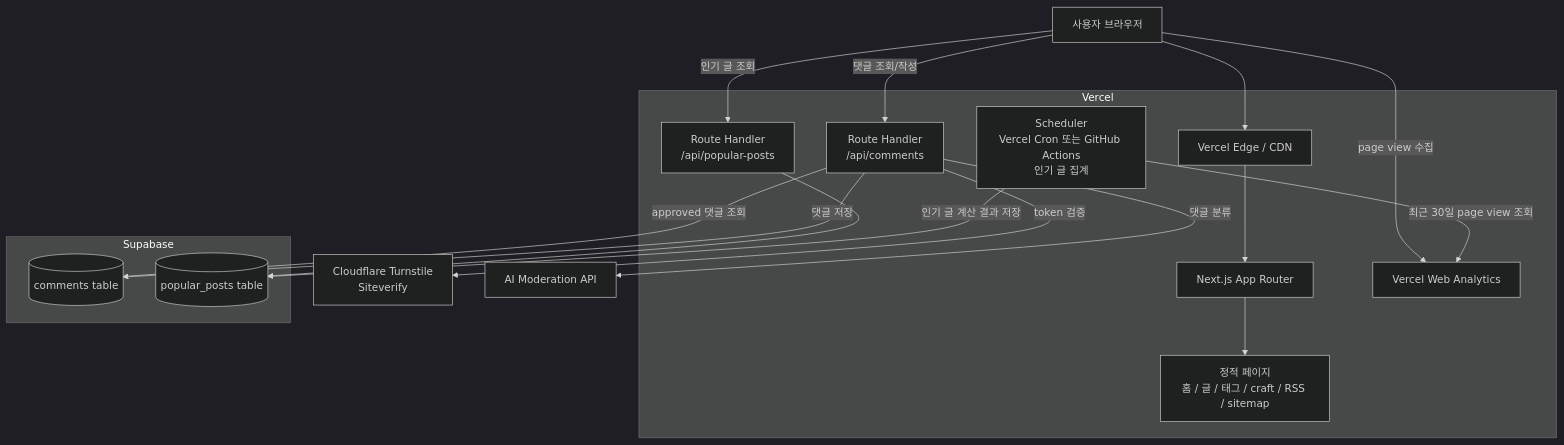
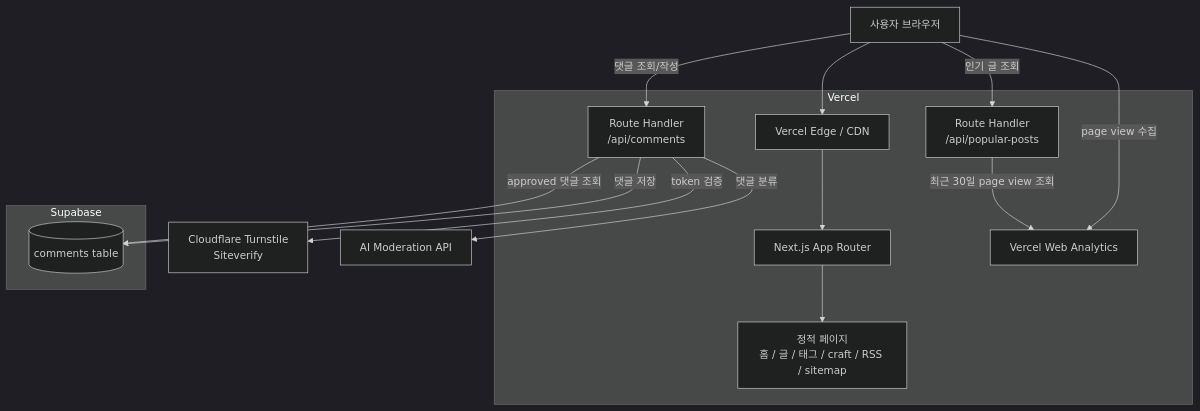
Before and after one commit to inaemin/blog: the first of 6 diagrams in docs/architecture/infra.md, drawn with Mermaid (dark theme). The commit also changed other lines of this file and 1 other file, not shown here.

First line of the commit message:
docs(architecture): 인기 글 인프라 흐름 갱신

````diff
--- a/docs/architecture/infra.md
+++ b/docs/architecture/infra.md
@@ -16,39 +16,35 @@
 ```mermaid
 flowchart TB
   User[사용자 브라우저]
 
   subgraph Vercel[Vercel]
     Edge[Vercel Edge / CDN]
     NextApp[Next.js App Router]
     StaticPages[정적 페이지\n홈 / 글 / 태그 / craft / RSS / sitemap]
     ApiComments[Route Handler\n/api/comments]
     ApiPopular[Route Handler\n/api/popular-posts]
-    CronPopular[Scheduler\nVercel Cron 또는 GitHub Actions\n인기 글 집계]
     WebAnalytics[Vercel Web Analytics]
   end
 
   subgraph Supabase[Supabase]
     CommentsTable[(comments table)]
-    PopularTable[(popular_posts table)]
   end
 
   Turnstile[Cloudflare Turnstile\nSiteverify]
   AI[AI Moderation API]
 
   User --> Edge
   Edge --> NextApp
   NextApp --> StaticPages
 
   User -->|댓글 조회/작성| ApiComments
   ApiComments -->|approved 댓글 조회| CommentsTable
   ApiComments -->|댓글 저장| CommentsTable
   ApiComments -->|token 검증| Turnstile
   ApiComments -->|댓글 분류| AI
 
   User -->|인기 글 조회| ApiPopular
-  ApiPopular --> PopularTable
+  ApiPopular -->|최근 30일 page view 조회| WebAnalytics
 
   User -->|page view 수집| WebAnalytics
-  CronPopular -->|최근 30일 page view 조회| WebAnalytics
-  CronPopular -->|인기 글 계산 결과 저장| PopularTable
 ```
````
